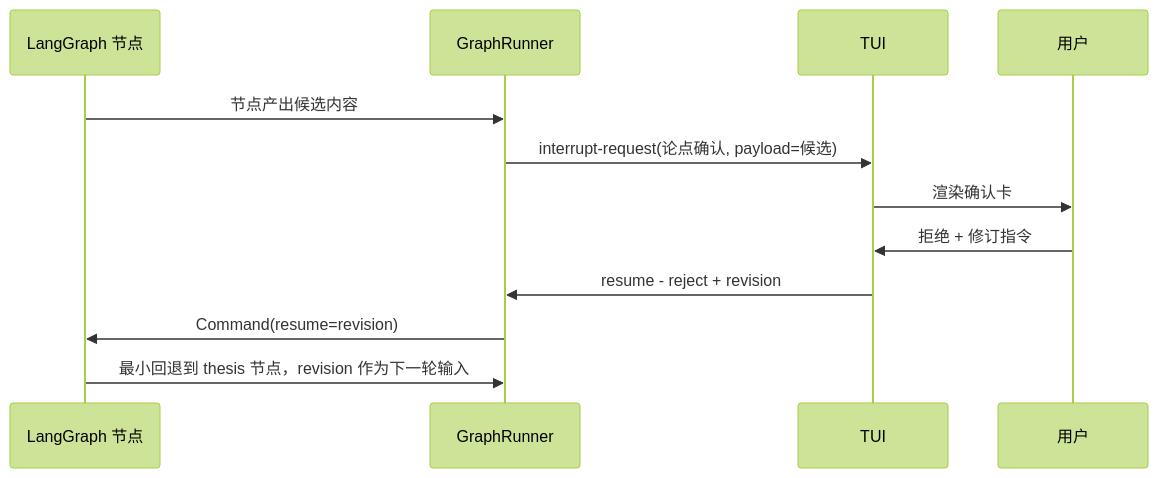
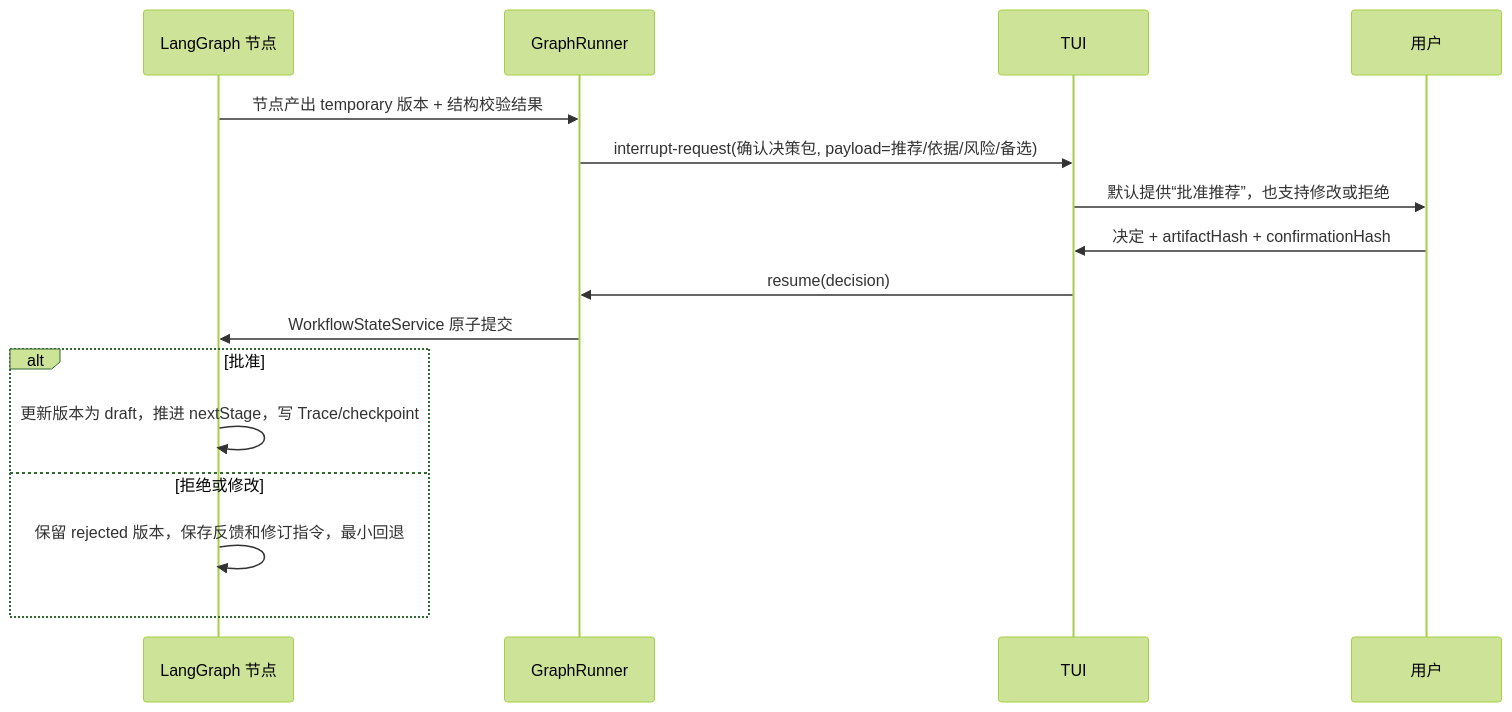
Before and after one commit to yuanxujia8090/simple-write-agent: the second of 4 diagrams in docs/design/2026-09-05-agent-technical-design.md, drawn with Mermaid (forest theme). The commit also changed other lines of this file and 5 other files, not shown here.

````diff
--- a/docs/design/2026-09-05-agent-technical-design.md
+++ b/docs/design/2026-09-05-agent-technical-design.md
@@ -277,15 +300,19 @@
 ```mermaid
 sequenceDiagram
     participant G as LangGraph 节点
     participant R as GraphRunner
     participant T as TUI
     participant U as 用户
 
-    G->>R: 节点产出候选内容
-    R->>T: interrupt-request(论点确认, payload=候选)
-    T->>U: 渲染确认卡
-    U->>T: 拒绝 + 修订指令
-    T->>R: resume - reject + revision
-    R->>G: Command(resume=revision)
-    G->>R: 最小回退到 thesis 节点，revision 作为下一轮输入
+    G->>R: 节点产出 temporary 版本 + 结构校验结果
+    R->>T: interrupt-request(确认决策包, payload=推荐/依据/风险/备选)
+    T->>U: 默认提供“批准推荐”，也支持修改或拒绝
+    U->>T: 决定 + artifactHash + confirmationHash
+    T->>R: resume(decision)
+    R->>G: WorkflowStateService 原子提交
+    alt 批准
+        G->>G: 更新版本为 draft，推进 nextStage，写 Trace/checkpoint
+    else 拒绝或修改
+        G->>G: 保留 rejected 版本，保存反馈和修订指令，最小回退
+    end
 ```
````
